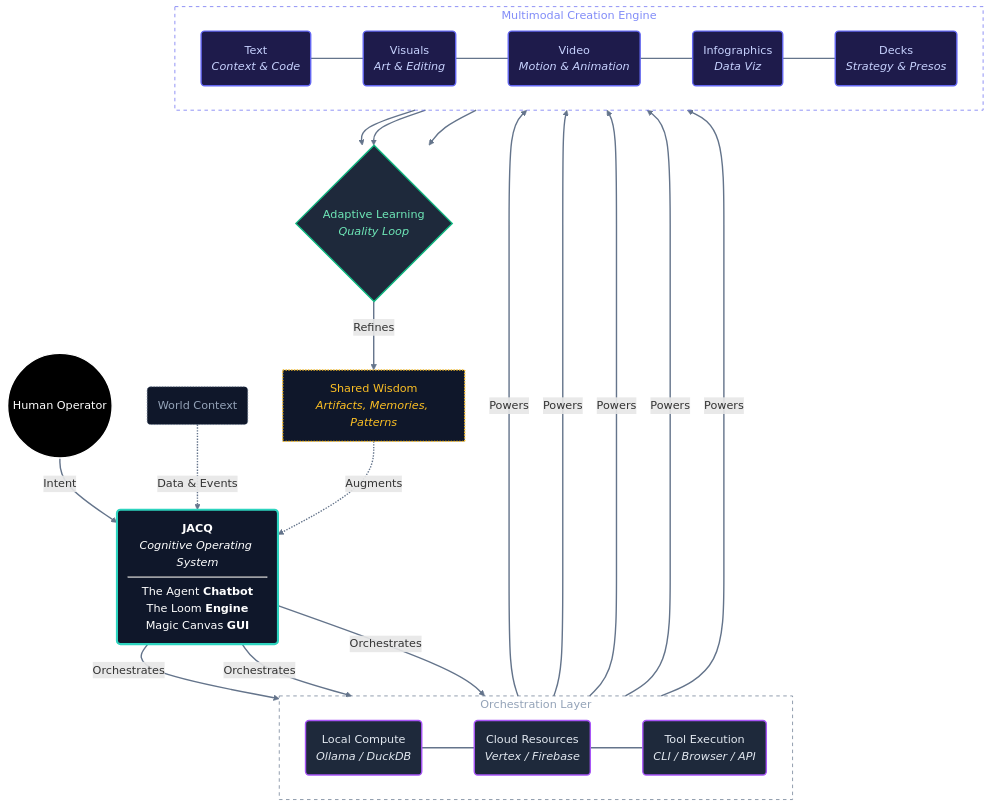
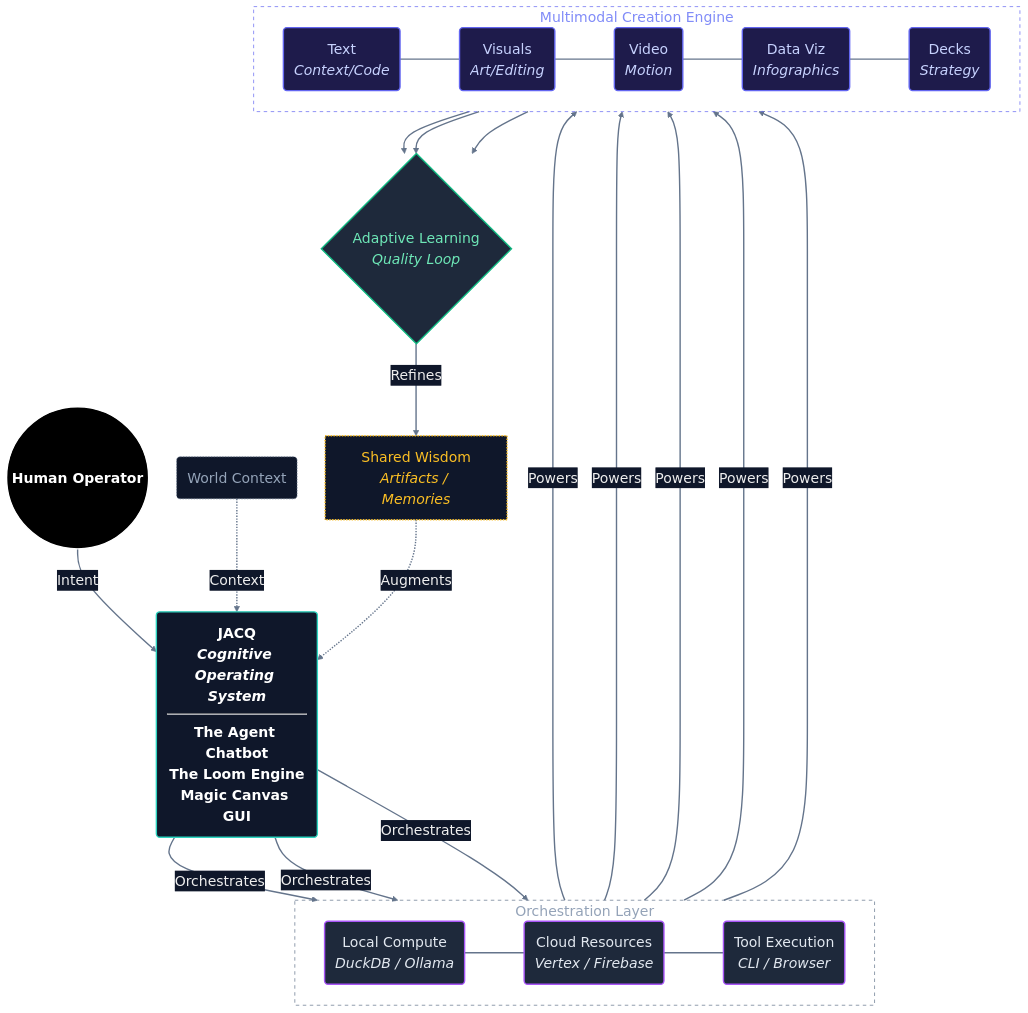
One commit to shifujosh/shifujosh changed the diagram in assets/portfolio_ecosystem.mmd. Above: the diagram before and after it, drawn with Mermaid. The commit also changed 2 other files, not shown here.

Commit message:
style: update portfolio diagram (round 10 - larger text, compact layout) & bust cache

```diff
--- a/assets/portfolio_ecosystem.mmd
+++ b/assets/portfolio_ecosystem.mmd
@@ -1,80 +1,81 @@
+%%{init: {'theme': 'base', 'themeVariables': { 'darkMode': true, 'background': 'transparent', 'primaryColor': '#1e293b', 'edgeLabelBackground':'#0f172a', 'fontSize': '20px', 'fontFamily': 'ui-sans-serif, system-ui, sans-serif' }, 'flowchart': { 'rankSpacing': 60, 'nodeSpacing': 40, 'curve': 'basis' } }}%%
 graph TD
     %% Styling - Minimalist Dark Mode with Frontier Accents
     %% Hub: Central OS
-    classDef hub fill:#0f172a,stroke:#2dd4bf,stroke-width:3px,color:#fff;
+    classDef hub fill:#0f172a,stroke:#2dd4bf,stroke-width:2px,color:#fff,font-weight:bold;
     %% Infra: Orchestration layer
     classDef infra fill:#1e293b,stroke:#a855f7,stroke-width:2px,color:#e2e8f0;
     %% Shared: Wisdom/Memory
     classDef wisdom fill:#0f172a,stroke:#fbbf24,stroke-width:2px,color:#fbbf24,stroke-dasharray: 2 2;
     %% Actor: User
-    classDef actor fill:#000000,stroke:#fff,stroke-width:2px,color:#fff;
+    classDef actor fill:#000000,stroke:#fff,stroke-width:2px,color:#fff,font-weight:bold;
     %% Input: Context
     classDef input fill:#0f172a,stroke:#64748b,stroke-width:1px,color:#94a3b8,stroke-dasharray: 2 2;
     %% Frontier: Multimodal outputs
     classDef frontier fill:#1e1b4b,stroke:#6366f1,stroke-width:2px,color:#c7d2fe;
     %% Learning Loop
     classDef loop fill:#1e293b,stroke:#10b981,stroke-width:2px,color:#6ee7b7;
 
     %% 1. Inputs - Top Level
     User((Human Operator)):::actor
     World(World Context):::input
 
     %% 2. The Core
     JACQ(<b>JACQ</b><br/><i>Cognitive Operating System</i><hr/>The Agent <b>Chatbot</b><br/>The Loom <b>Engine</b><br/>Magic Canvas <b>GUI</b>):::hub
 
     %% 3. Infrastructure Layer (Orchestration)
     subgraph Orchestration [Orchestration Layer]
         direction LR
         style Orchestration fill:none,stroke:#64748b,stroke-width:1px,stroke-dasharray: 5 5,color:#94a3b8
-        Local(Local Compute<br/><i>Ollama / DuckDB</i>):::infra
+        Local(Local Compute<br/><i>DuckDB / Ollama</i>):::infra
         Cloud(Cloud Resources<br/><i>Vertex / Firebase</i>):::infra
-        Tools(Tool Execution<br/><i>CLI / Browser / API</i>):::infra
+        Tools(Tool Execution<br/><i>CLI / Browser</i>):::infra
     end
 
     %% 4. Multimodal Output Engine
     subgraph Outputs [Multimodal Creation Engine]
         direction LR
         style Outputs fill:none,stroke:#6366f1,stroke-width:1px,stroke-dasharray: 5 5,color:#818cf8
-        Text(Text<br/><i>Context & Code</i>):::frontier
-        Visuals(Visuals<br/><i>Art & Editing</i>):::frontier
-        Video(Video<br/><i>Motion & Animation</i>):::frontier
-        Info(Infographics<br/><i>Data Viz</i>):::frontier
-        Slides(Decks<br/><i>Strategy & Presos</i>):::frontier
+        Text(Text<br/><i>Context/Code</i>):::frontier
+        Visuals(Visuals<br/><i>Art/Editing</i>):::frontier
+        Video(Video<br/><i>Motion</i>):::frontier
+        Info(Data Viz<br/><i>Infographics</i>):::frontier
+        Slides(Decks<br/><i>Strategy</i>):::frontier
     end
     
     %% 5. The Virtuous Cycle
     Learning{Adaptive Learning<br/><i>Quality Loop</i>}:::loop
-    Wisdom[Shared Wisdom<br/><i>Artifacts, Memories, Patterns</i>]:::wisdom
+    Wisdom[Shared Wisdom<br/><i>Artifacts / Memories</i>]:::wisdom
 
     %% Connection Logic - Vertical Flow
     User ==>|Intent| JACQ
-    World -.->|Data & Events| JACQ
+    World -.->|Context| JACQ
     
     %% JACQ to Infra
     JACQ ==>|Orchestrates| Local
     JACQ ==>|Orchestrates| Cloud
     JACQ ==>|Orchestrates| Tools
     
     %% Force Infra Alignment
     Local ~~~ Cloud ~~~ Tools
     
     %% Frontier Power
     Cloud ==>|Powers| Text
     Cloud ==>|Powers| Visuals
     Cloud ==>|Powers| Video
     Cloud ==>|Powers| Info
     Cloud ==>|Powers| Slides
     
     %% Force Output Alignment
     Text ~~~ Visuals ~~~ Video ~~~ Info ~~~ Slides
     
     %% The Adaptive Loop
     Text --> Learning
     Visuals --> Learning
     Info --> Learning
     
     Learning ==>|Refines| Wisdom
     Wisdom -.->|Augments| JACQ
 
     %% Layout - Explicit Link Styling
     linkStyle default stroke-width:2px,fill:none,stroke:#64748b
```
